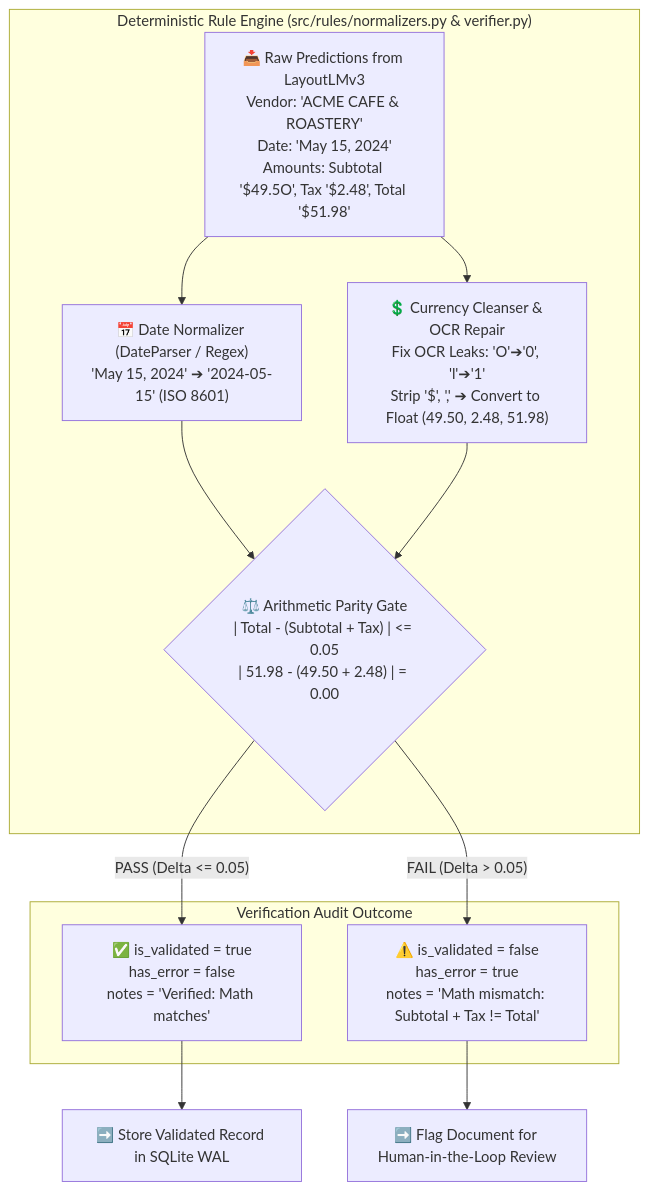
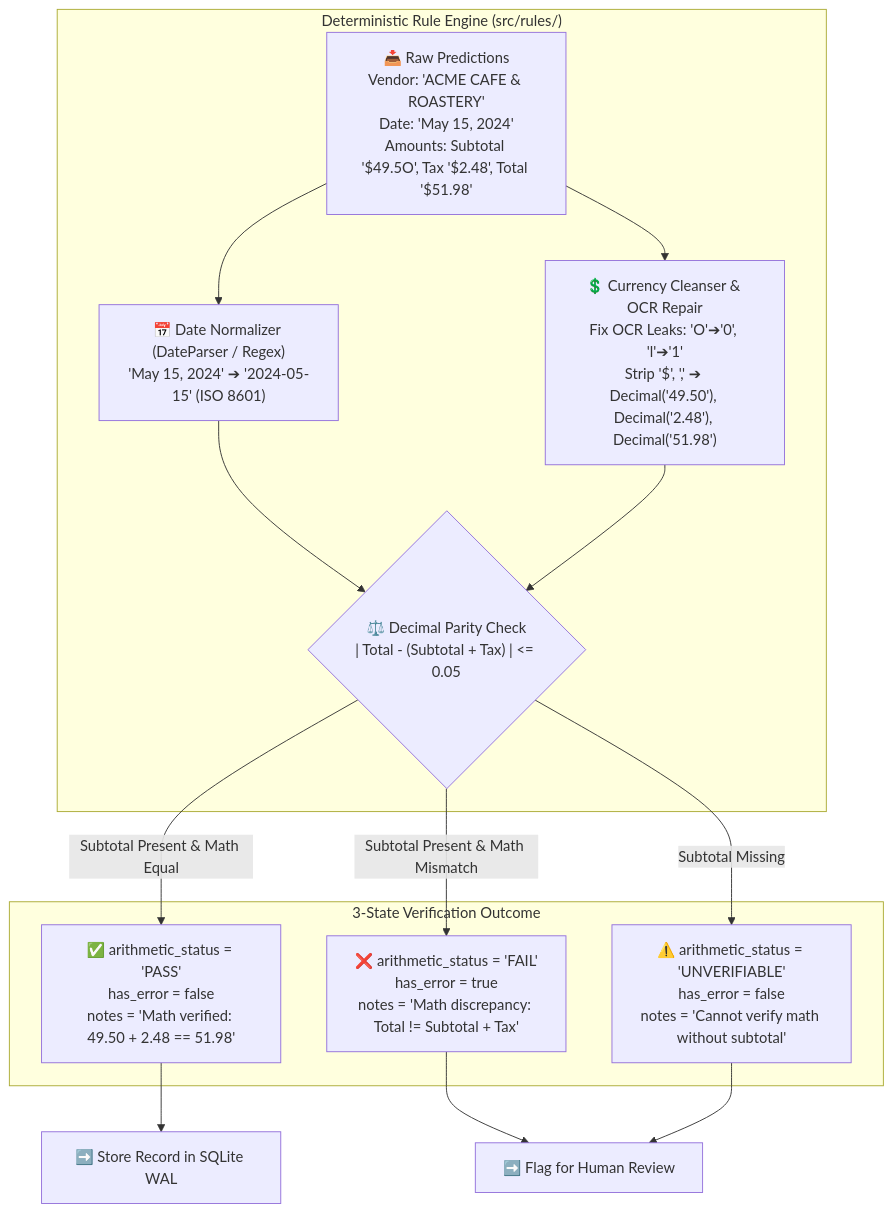
One commit to HarshkumarG007/DocuParseAi changed the fourth of 6 diagrams in README.md. Above: the diagram before and after it, drawn with Mermaid. The commit also changed other lines of this file and 3 other files, not shown here.

Commit message:
fix: address audit findings with Decimal math, chunked uploads, real confidences, guarded OCR fallback & honest docs

````diff
--- a/README.md
+++ b/README.md
@@ -314,20 +247,22 @@
 ```mermaid
 flowchart TD
-    Candidates["📥 Raw Predictions from LayoutLMv3<br>Vendor: 'ACME CAFE & ROASTERY'<br>Date: 'May 15, 2024'<br>Amounts: Subtotal '$49.5O', Tax '$2.48', Total '$51.98'"]
+    Candidates["📥 Raw Predictions<br>Vendor: 'ACME CAFE & ROASTERY'<br>Date: 'May 15, 2024'<br>Amounts: Subtotal '$49.5O', Tax '$2.48', Total '$51.98'"]
 
-    subgraph DeterministicRules ["Deterministic Rule Engine (src/rules/normalizers.py & verifier.py)"]
+    subgraph DeterministicRules ["Deterministic Rule Engine (src/rules/)"]
         Candidates --> DateParse["📅 Date Normalizer (DateParser / Regex)<br>'May 15, 2024' ➔ '2024-05-15' (ISO 8601)"]
-        Candidates --> CleanCurr["💲 Currency Cleanser & OCR Repair<br>Fix OCR Leaks: 'O'➔'0', 'l'➔'1'<br>Strip '$', ',' ➔ Convert to Float (49.50, 2.48, 51.98)"]
+        Candidates --> CleanCurr["💲 Currency Cleanser & OCR Repair<br>Fix OCR Leaks: 'O'➔'0', 'l'➔'1'<br>Strip '$', ',' ➔ Decimal('49.50'), Decimal('2.48'), Decimal('51.98')"]
         
-        DateParse --> MathGate{"⚖️ Arithmetic Parity Gate<br>| Total - (Subtotal + Tax) | <= 0.05<br>| 51.98 - (49.50 + 2.48) | = 0.00"}
+        DateParse --> MathGate{"⚖️ Decimal Parity Check<br>| Total - (Subtotal + Tax) | <= 0.05"}
         CleanCurr --> MathGate
     end
 
-    subgraph ParityResult ["Verification Audit Outcome"]
-        MathGate -->|"PASS (Delta <= 0.05)"| Validated["✅ is_validated = true<br>has_error = false<br>notes = 'Verified: Math matches'"]
-        MathGate -->|"FAIL (Delta > 0.05)"| Flagged["⚠️ is_validated = false<br>has_error = true<br>notes = 'Math mismatch: Subtotal + Tax != Total'"]
+    subgraph ParityResult ["3-State Verification Outcome"]
+        MathGate -->|"Subtotal Present & Math Equal"| Validated["✅ arithmetic_status = 'PASS'<br>has_error = false<br>notes = 'Math verified: 49.50 + 2.48 == 51.98'"]
+        MathGate -->|"Subtotal Present & Math Mismatch"| Discrepancy["❌ arithmetic_status = 'FAIL'<br>has_error = true<br>notes = 'Math discrepancy: Total != Subtotal + Tax'"]
+        MathGate -->|"Subtotal Missing"| Unverifiable["⚠️ arithmetic_status = 'UNVERIFIABLE'<br>has_error = false<br>notes = 'Cannot verify math without subtotal'"]
     end
 
-    Validated --> Forward["➡️ Store Validated Record in SQLite WAL"]
-    Flagged --> ForwardReview["➡️ Flag Document for Human-in-the-Loop Review"]
+    Validated --> Forward["➡️ Store Record in SQLite WAL"]
+    Discrepancy --> ForwardReview["➡️ Flag for Human Review"]
+    Unverifiable --> ForwardReview
 ```
````
